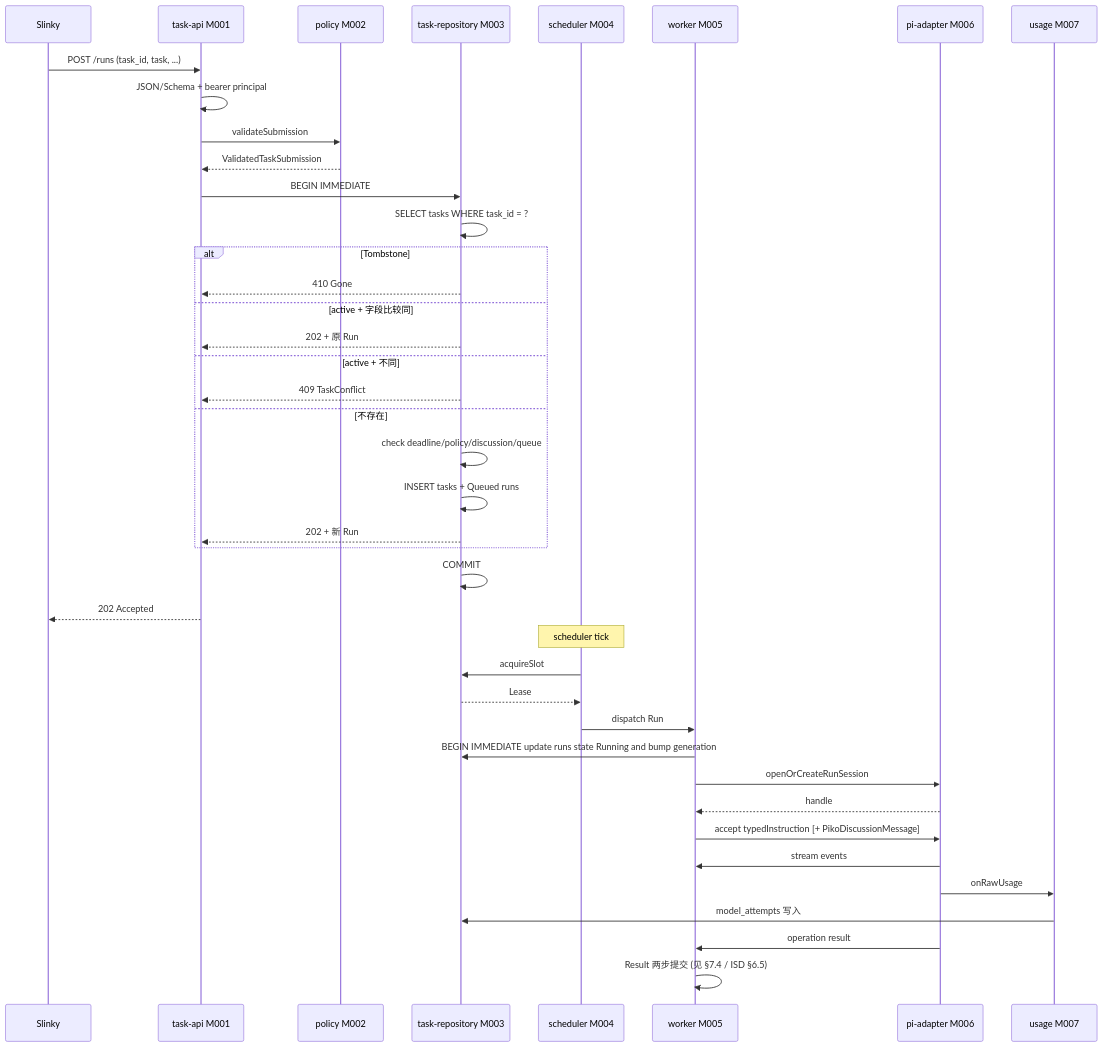
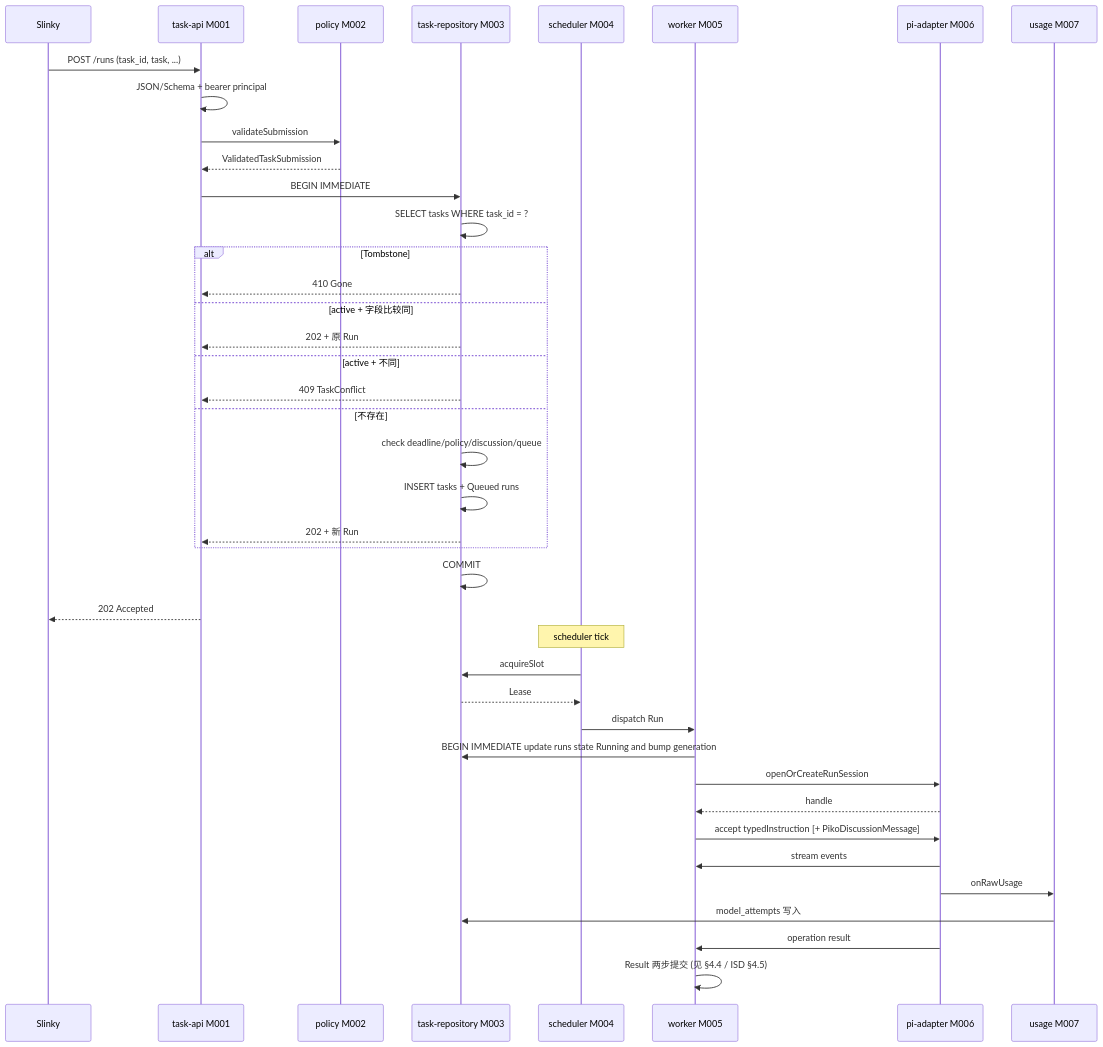
The sixth of 9 diagrams in docs/20_system_design/piko-system-design.md (corezilla/piko), drawn with Mermaid before and after one commit. The commit also changed other lines of this file and 6 other files, not shown here.

````diff
--- a/docs/20_system_design/piko-system-design.md
+++ b/docs/20_system_design/piko-system-design.md
@@ -436,45 +432,45 @@
 ```mermaid
 sequenceDiagram
   participant S as Slinky
   participant API as task-api M001
   participant POL as policy M002
   participant Repo as task-repository M003
   participant Sch as scheduler M004
   participant W as worker M005
   participant PI as pi-adapter M006
   participant Use as usage M007
 
   S->>API: POST /runs (task_id, task, ...)
   API->>API: JSON/Schema + bearer principal
   API->>POL: validateSubmission
   POL-->>API: ValidatedTaskSubmission
   API->>Repo: BEGIN IMMEDIATE
   Repo->>Repo: SELECT tasks WHERE task_id = ?
   alt Tombstone
     Repo-->>API: 410 Gone
   else active + 字段比较同
     Repo-->>API: 202 + 原 Run
   else active + 不同
     Repo-->>API: 409 TaskConflict
   else 不存在
     Repo->>Repo: check deadline/policy/discussion/queue
     Repo->>Repo: INSERT tasks + Queued runs
     Repo-->>API: 202 + 新 Run
   end
   Repo->>Repo: COMMIT
   API-->>S: 202 Accepted
 
   Note over Sch: scheduler tick
   Sch->>Repo: acquireSlot
   Repo-->>Sch: Lease
   Sch->>W: dispatch Run
   W->>Repo: BEGIN IMMEDIATE update runs state Running and bump generation
   W->>PI: openOrCreateRunSession
   PI-->>W: handle
   W->>PI: accept typedInstruction [+ PikoDiscussionMessage]
   PI->>W: stream events
   PI->>Use: onRawUsage
   Use->>Repo: model_attempts 写入
   PI->>W: operation result
-  W->>W: Result 两步提交 (见 §7.4 / ISD §6.5)
+  W->>W: Result 两步提交 (见 §4.4 / ISD §4.5)
 ```
````
